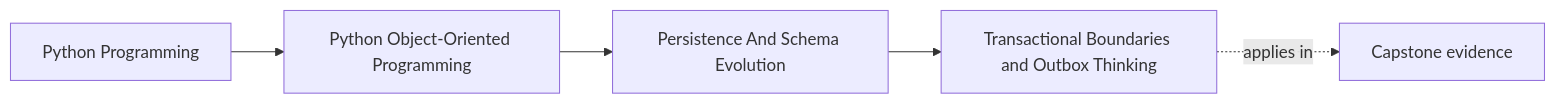
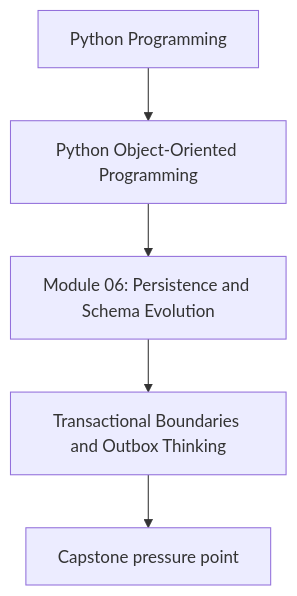
One commit to bijux/bijux-masterclass changed the first of 2 diagrams in programs/python-programming/python-object-oriented-programming/course-book/module-06-persistence-and-schema-evolution/transactional-boundaries-and-outbox-thinking.md. Above: the diagram before and after it, drawn with Mermaid. The commit also changed other lines of this file and 107 other files, not shown here.

Commit message:
docs(python-object-oriented-programming): align concept page diagrams

````diff
--- a/programs/python-programming/python-object-oriented-programming/course-book/module-06-persistence-and-schema-evolution/transactional-boundaries-and-outbox-thinking.md
+++ b/programs/python-programming/python-object-oriented-programming/course-book/module-06-persistence-and-schema-evolution/transactional-boundaries-and-outbox-thinking.md
@@ -7,11 +7,7 @@
 ```mermaid
-graph LR
-  family["Python Programming"]
-  program["Python Object-Oriented Programming"]
-  section["Persistence And Schema Evolution"]
-  page["Transactional Boundaries and Outbox Thinking"]
-  capstone["Capstone evidence"]
-
-  family --> program --> section --> page
-  page -.applies in.-> capstone
+flowchart TD
+  family["Python Programming"] --> program["Python Object-Oriented Programming"]
+  program --> module["Module 06: Persistence and Schema Evolution"]
+  module --> concept["Transactional Boundaries and Outbox Thinking"]
+  concept --> capstone["Capstone pressure point"]
 ```
````
